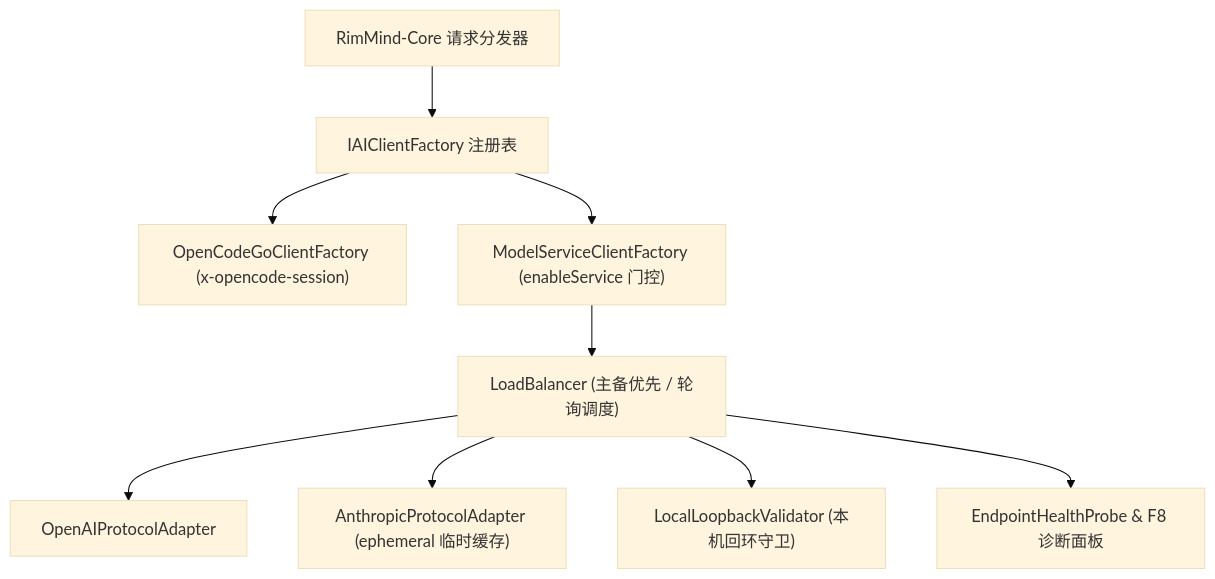
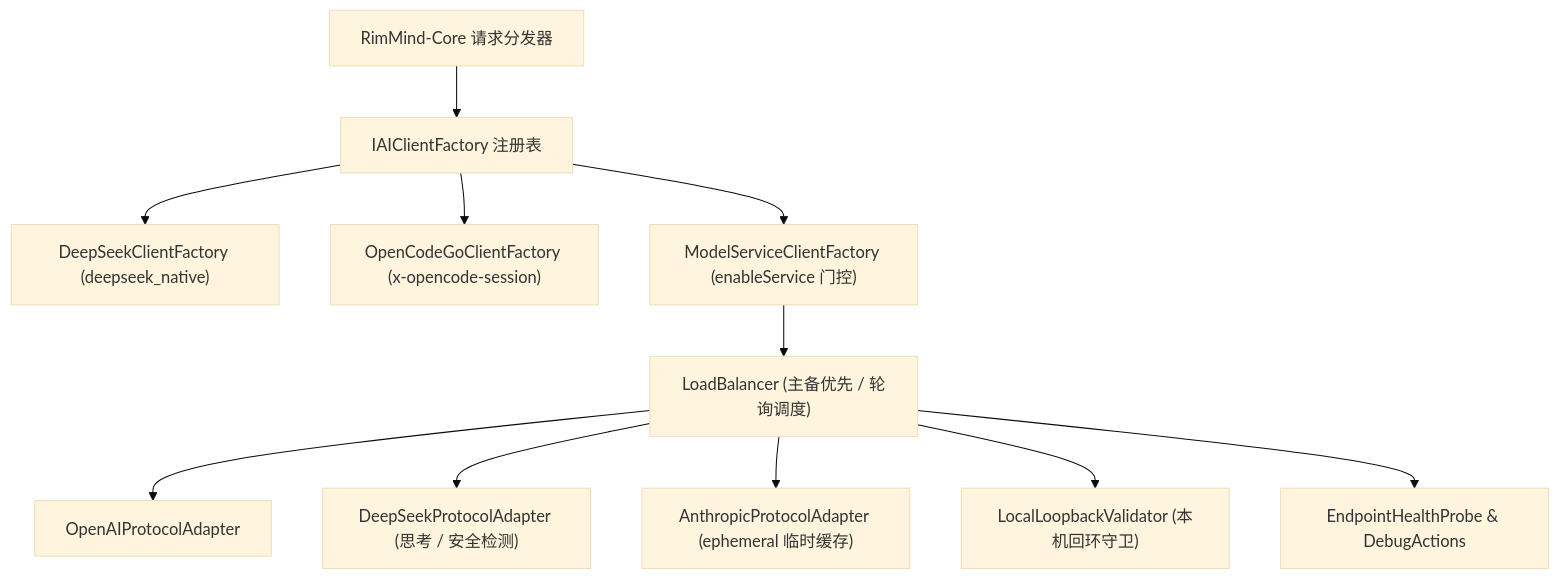
Before and after one commit to RimWorld-RimMind-Mod/RimWorld-RimMind-Mod-Extension-ModelService: the diagram in README_zh.md, drawn with Mermaid (base theme). The commit also changed other lines of this file and 39 other files, not shown here.

````diff
--- a/README_zh.md
+++ b/README_zh.md
@@ -44,11 +44,13 @@
 ```mermaid
 flowchart TD
     Core["RimMind-Core 请求分发器"] --> Factory["IAIClientFactory 注册表"]
+    Factory --> DeepSeekFactory["DeepSeekClientFactory (deepseek_native)"]
     Factory --> OpenCode["OpenCodeGoClientFactory (x-opencode-session)"]
     Factory --> Extended["ModelServiceClientFactory (enableService 门控)"]
     Extended --> Balancer["LoadBalancer (主备优先 / 轮询调度)"]
     Balancer --> OpenAI["OpenAIProtocolAdapter"]
+    Balancer --> DeepSeek["DeepSeekProtocolAdapter (思考 / 安全检测)"]
     Balancer --> Anthropic["AnthropicProtocolAdapter (ephemeral 临时缓存)"]
     Balancer --> Loopback["LocalLoopbackValidator (本机回环守卫)"]
-    Balancer --> Health["EndpointHealthProbe & F8 诊断面板"]
+    Balancer --> Health["EndpointHealthProbe & DebugActions"]
 ```
````
